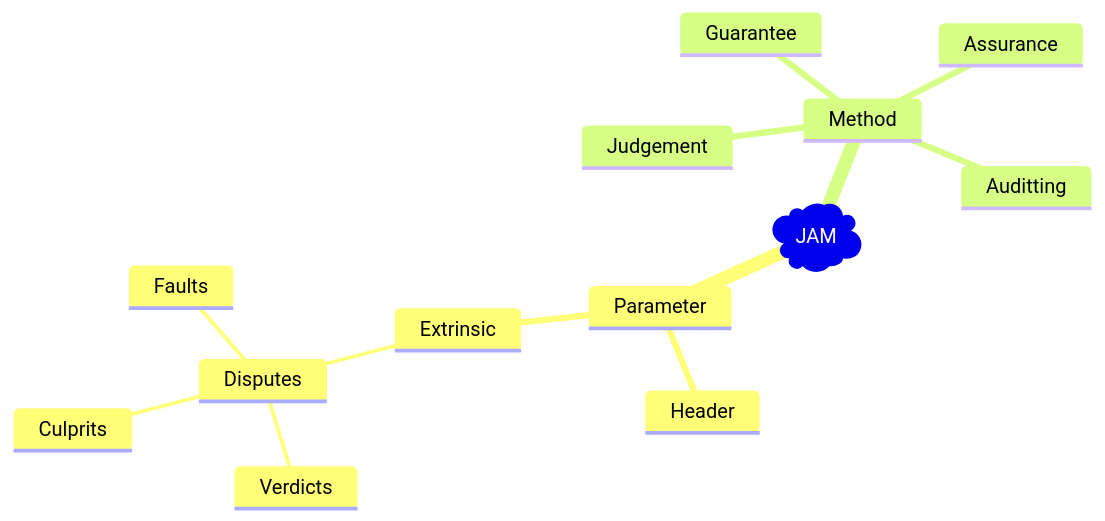
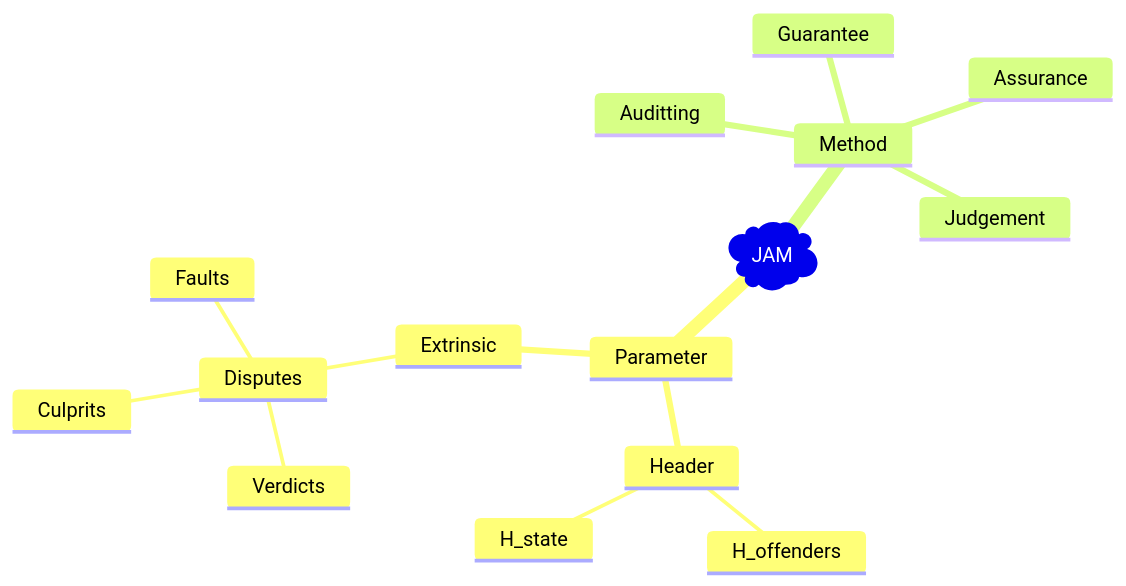
The diagram in README.md (New-JAMneration/JAM-Protocol), drawn with Mermaid before and after one commit.

````diff
--- a/README.md
+++ b/README.md
@@ -11,16 +11,18 @@
 ```mermaid
 mindmap
   id)JAM(
     Parameter
       Header
+        H_offenders
+        H_state
       Extrinsic
         Disputes
           Verdicts
           Culprits
           Faults
     Method
       Guarantee
       Assurance
       Auditting
       Judgement
 ```
````
